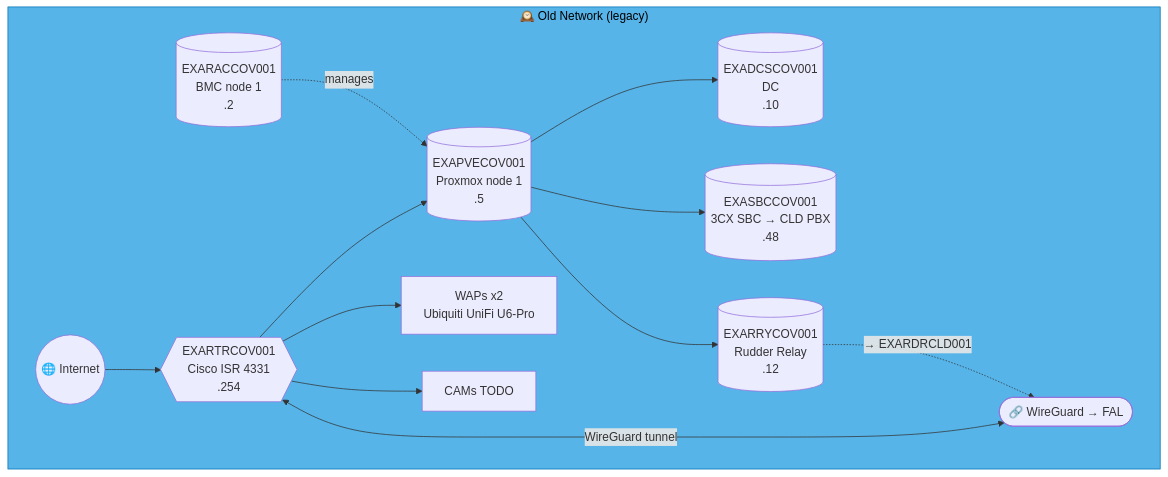
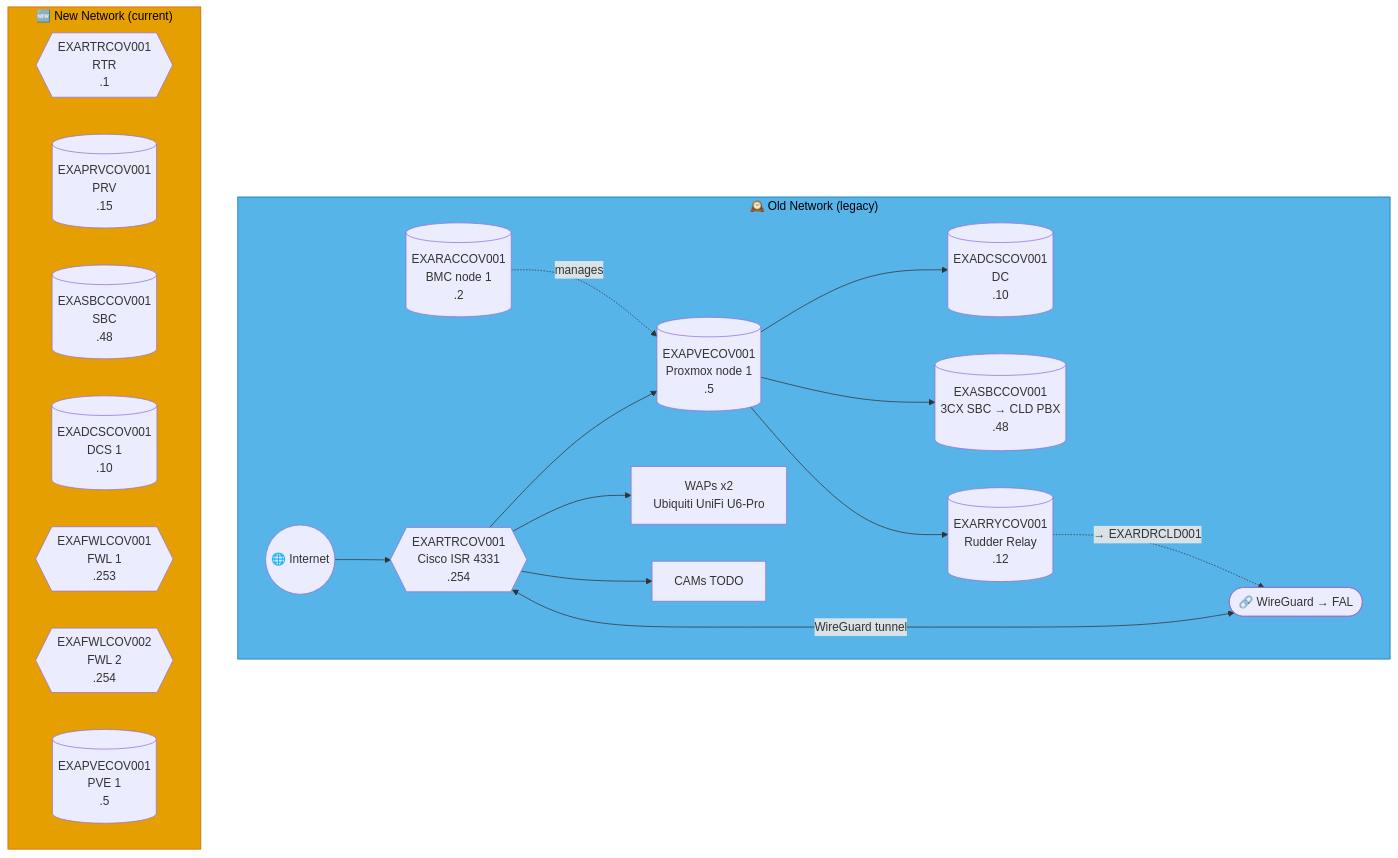
Before and after one commit to knightmare2600/example_music_infra: diagram 17 of 51 in docs/network-diagram.md, drawn with Mermaid. The commit also changed other lines of this file and 1 other file, not shown here.

````diff
--- a/docs/network-diagram.md
+++ b/docs/network-diagram.md
@@ -824,24 +1141,36 @@
 ```mermaid
 graph TD
     subgraph OLD_COV ["🕰️ Old Network (legacy)"]
       INET(("🌐 Internet"))
       RTR{{"EXARTRCOV001<br/>Cisco ISR 4331<br/>.254"}}
       RAC[("EXARACCOV001<br/>BMC node 1<br/>.2")]
       PVE[("EXAPVECOV001<br/>Proxmox node 1<br/>.5")]
       DC[("EXADCSCOV001<br/>DC<br/>.10")]
       SBC[("EXASBCCOV001<br/>3CX SBC → CLD PBX<br/>.48")]
       RRY[("EXARRYCOV001<br/>Rudder Relay<br/>.12")]
       WAP["WAPs x2<br/>Ubiquiti UniFi U6-Pro"]
       CAM["CAMs TODO"]
       VPN(["🔗 WireGuard → FAL"])
 
       INET --> RTR --> PVE --> DC & SBC
       RAC -.->|"manages"| PVE
       RTR --> WAP & CAM
       RTR <-->|"WireGuard tunnel"| VPN
 
       PVE --> RRY
       RRY -. "→ EXARDRCLD001" .-> VPN
     end
     style OLD_COV fill:#56B4E9,stroke:#0072B2,color:#000000
+    %% GENERATED:NEW-NETWORK:COV:START
+    subgraph NEW_COV ["🆕 New Network (current)"]
+      N_RTR{{"EXARTRCOV001<br/>RTR<br/>.1"}}
+      N_PRV[("EXAPRVCOV001<br/>PRV<br/>.15")]
+      N_SBC[("EXASBCCOV001<br/>SBC<br/>.48")]
+      N_DCS[("EXADCSCOV001<br/>DCS 1<br/>.10")]
+      N_FWL{{"EXAFWLCOV001<br/>FWL 1<br/>.253"}}
+      N_FWL2{{"EXAFWLCOV002<br/>FWL 2<br/>.254"}}
+      N_PVE[("EXAPVECOV001<br/>PVE 1<br/>.5")]
+    end
+    style NEW_COV fill:#E69F00,stroke:#D55E00,color:#000000
+    %% GENERATED:NEW-NETWORK:COV:END
 ```
````
